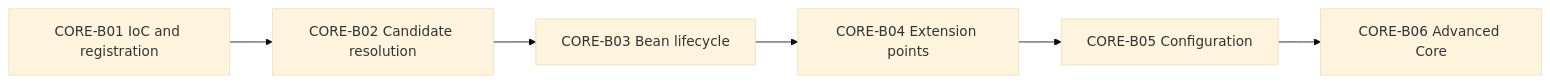
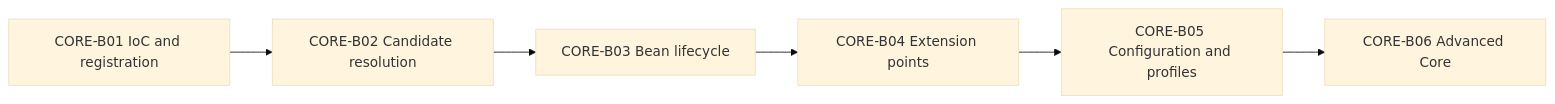
The diagram in 30_CERTIFICATIONS/Spring/2V0-72.22/Spring Core Card Roadmap.md (alimbetov/obsidian), drawn with Mermaid (base theme) before and after one commit. The commit also changed other lines of this file, not shown here.

Commit message:
Publish CORE-B04 extension points roadmap

````diff
--- a/30_CERTIFICATIONS/Spring/2V0-72.22/Spring Core Card Roadmap.md
+++ b/30_CERTIFICATIONS/Spring/2V0-72.22/Spring Core Card Roadmap.md
@@ -46,8 +46,8 @@
 ```mermaid
 flowchart LR
     B1[CORE-B01 IoC and registration] --> B2[CORE-B02 Candidate resolution]
     B2 --> B3[CORE-B03 Bean lifecycle]
     B3 --> B4[CORE-B04 Extension points]
-    B4 --> B5[CORE-B05 Configuration]
+    B4 --> B5[CORE-B05 Configuration and profiles]
     B5 --> B6[CORE-B06 Advanced Core]
 ```
````
